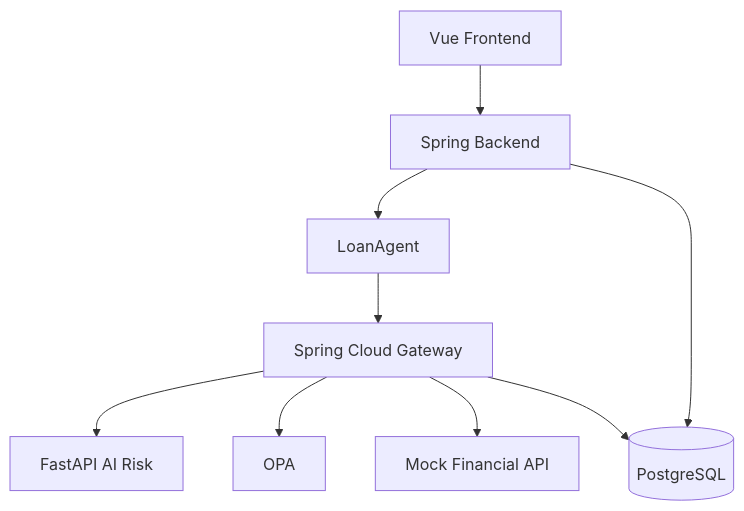
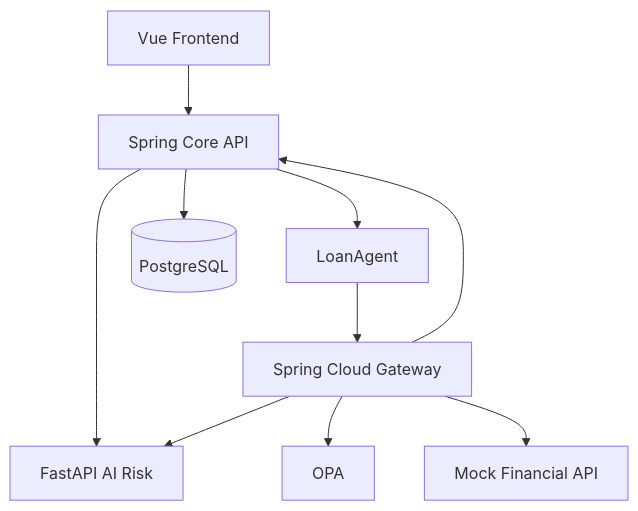
The fifth of 5 diagrams in docs/02-architecture.md (FinGuardName/FinBound), drawn with Mermaid before and after one commit. The commit also changed other lines of this file and 23 other files, not shown here.

````diff
--- a/docs/02-architecture.md
+++ b/docs/02-architecture.md
@@ -404,20 +342,21 @@
 ```mermaid
 flowchart TD
     FE[Vue Frontend]
-    CORE[Spring Backend]
+    CORE[Spring Core API]
     GW[Spring Cloud Gateway]
     AG[LoanAgent]
     AI[FastAPI AI Risk]
     OPA[OPA]
     MF[Mock Financial API]
     DB[(PostgreSQL)]
 
     FE --> CORE
     CORE --> AG
     AG --> GW
+    GW --> CORE
+    CORE --> AI
     GW --> AI
     GW --> OPA
     GW --> MF
     CORE --> DB
-    GW --> DB
 ```
````
